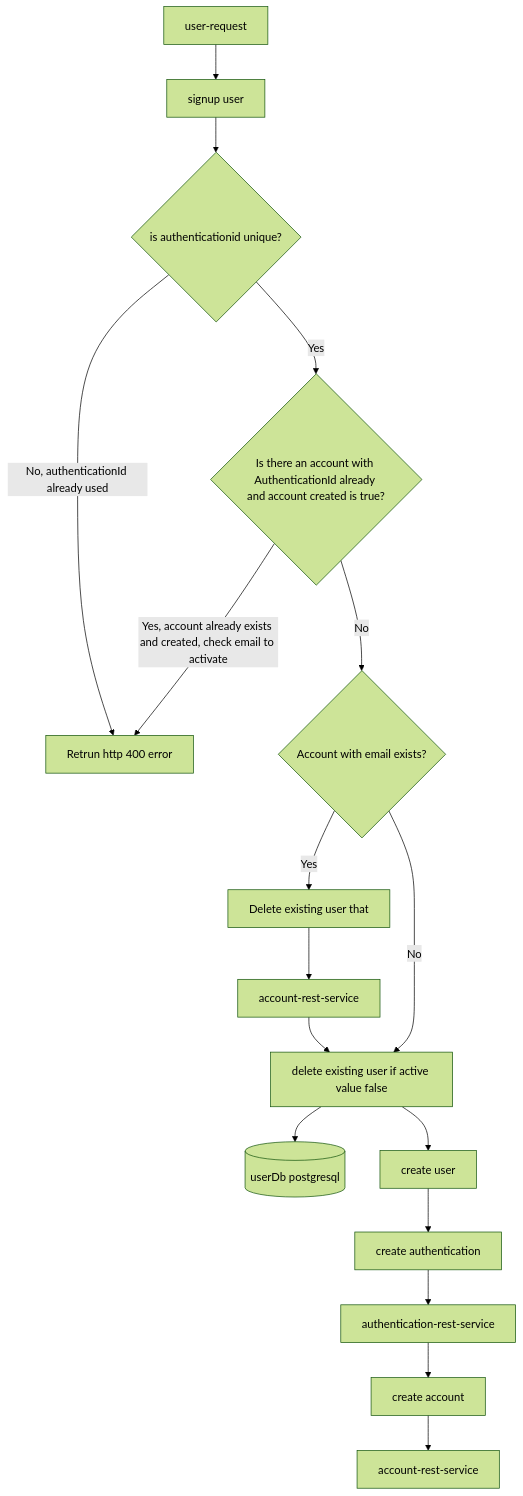
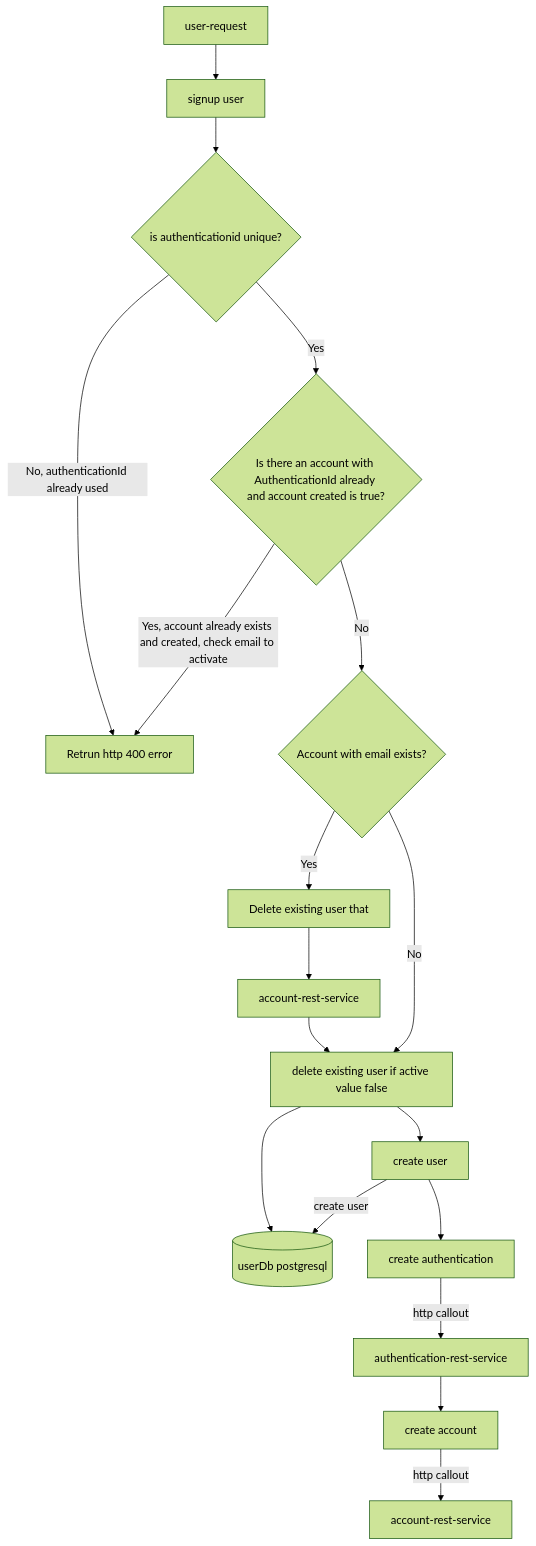
Before and after one commit to sonamsamdupkhangsar/user-rest-service: the first of 7 diagrams in README.md, drawn with Mermaid (forest theme).

Commit message:
update workflow

````diff
--- a/README.md
+++ b/README.md
@@ -73,20 +73,21 @@
 ```mermaid
 flowchart TD
   User[user-request] --> user-rest-service[signup user]
   user-rest-service --> isAuthenticationIdUnique{is authenticationid unique?}
   isAuthenticationIdUnique -->|No, authenticationId already used| returnError[Retrun http 400 error]
   isAuthenticationIdUnique -->|Yes| accountExistsByAuthenticationIdAndTrue{Is there an account with AuthenticationId already and account created is true?}
   accountExistsByAuthenticationIdAndTrue -->|Yes, account already exists and created, check email to activate| returnError
   accountExistsByAuthenticationIdAndTrue -->|No| accountWithEmailExists{Account with email exists?}
   accountWithEmailExists -->|Yes| deleteAccount[Delete existing user that]
   deleteAccount --> deleteExistingAccount[account-rest-service]
   deleteExistingAccount -->  deleteByAuthenticationIdAndActiveFalse
   accountWithEmailExists -->|No| deleteByAuthenticationIdAndActiveFalse[delete existing user if active value false]
   deleteByAuthenticationIdAndActiveFalse --> userDb[(userDb postgresql)]
   deleteByAuthenticationIdAndActiveFalse --> saveUser[create user]
+  saveUser --"create user"--> userDb
   saveUser --> createAuthentication[create authentication]
-  createAuthentication --> authentication-rest-service
+  createAuthentication --http callout--> authentication-rest-service
   authentication-rest-service --> createAccount[create account]
-  createAccount --> account-rest-service
+  createAccount --http callout--> account-rest-service
   
 ```
````
